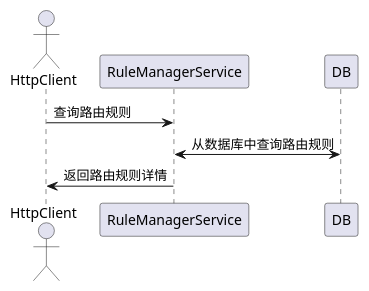
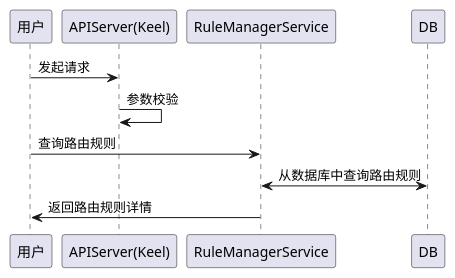
Before and after one commit to tkeel-io/docs: the second of 8 diagrams in docs/api/appendix/plantuml/rule_manager.md, drawn with PlantUML. The commit also changed other lines of this file and 2 other files, not shown here.

````diff
--- a/docs/api/appendix/plantuml/rule_manager.md
+++ b/docs/api/appendix/plantuml/rule_manager.md
@@ -14,11 +17,14 @@
 ```plantuml
 @startuml
-actor HttpClient
+participant "用户" as user
+participant "APIServer(Keel)"  as keel
 participant RuleManagerService
 participant DB
 
-HttpClient->RuleManagerService:查询路由规则
+user->keel: 发起请求
+keel->keel: 参数校验
+user->RuleManagerService:查询路由规则
 RuleManagerService<->DB:从数据库中查询路由规则
-RuleManagerService->HttpClient:返回路由规则详情
+RuleManagerService->user:返回路由规则详情
 @enduml
 ```
````
